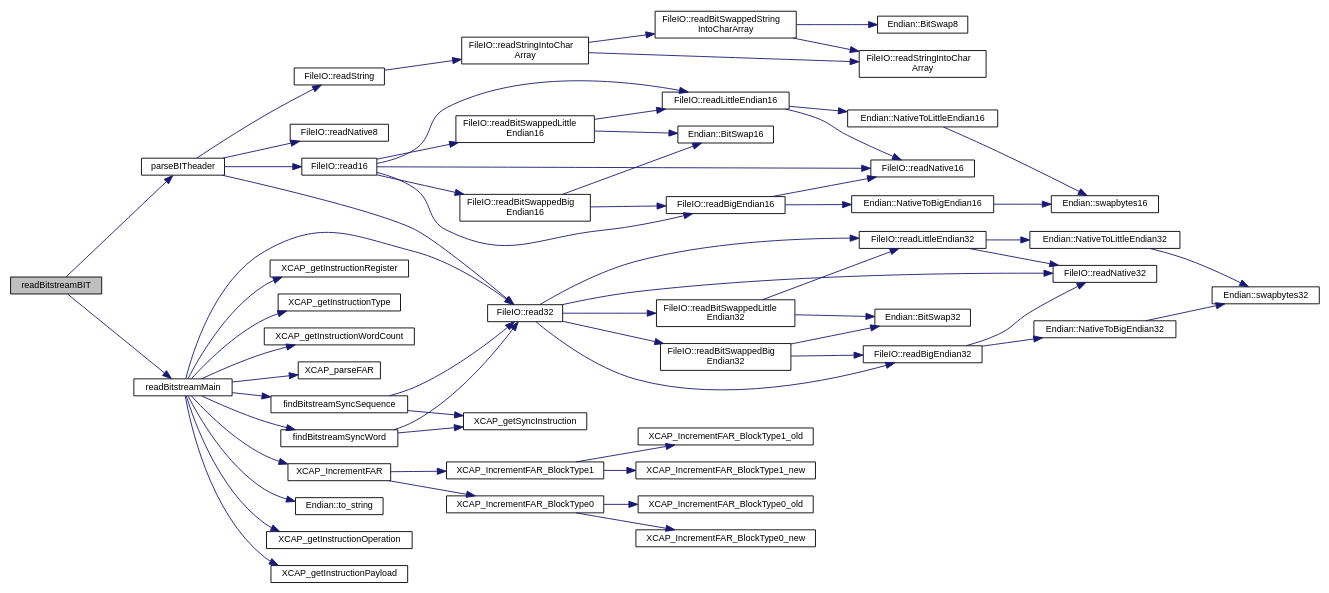
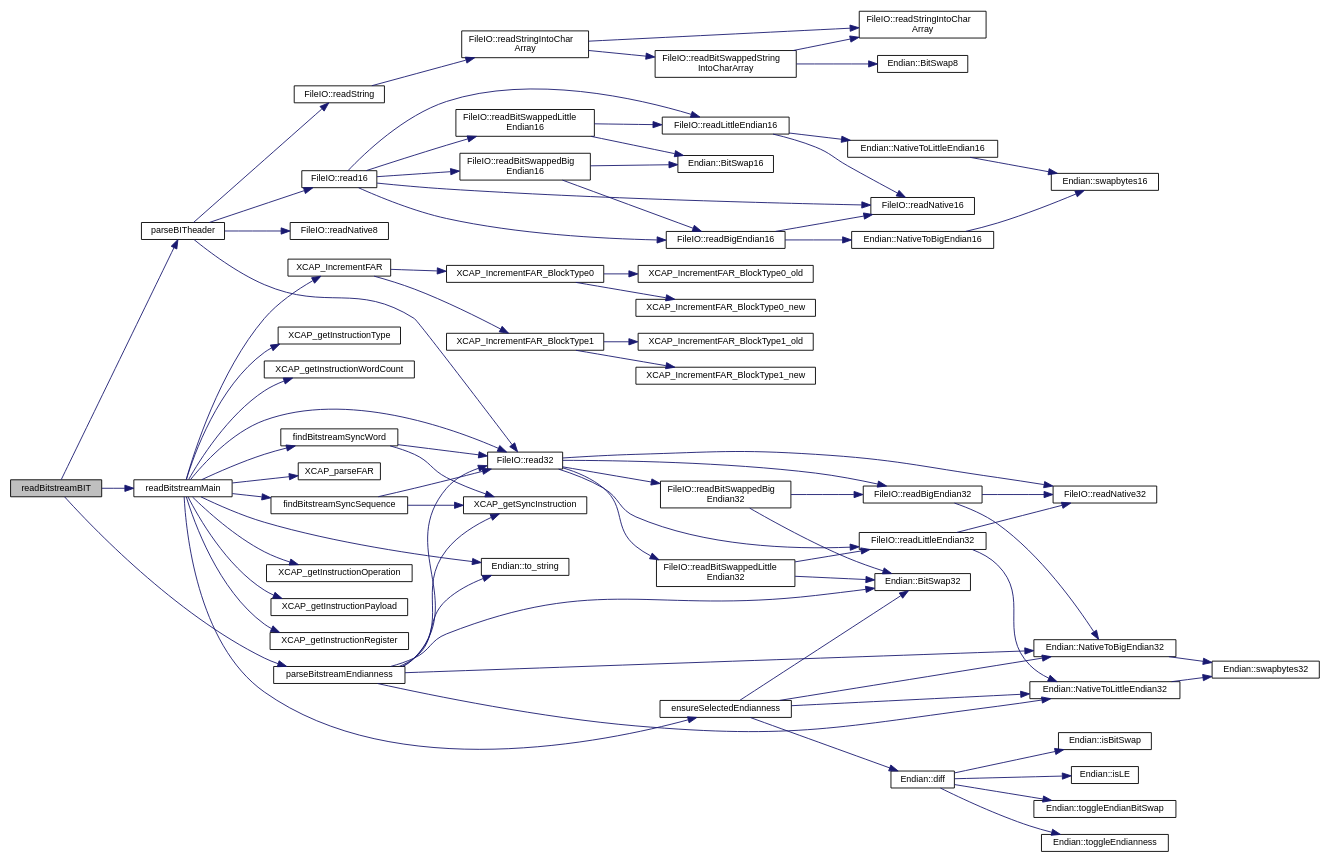
The diagram in inlineInput_8h_a2015af67475241b52cb4fdd54ab6577e_cgraph.dot (FPGA-Research-Manchester/byteman), drawn with Graphviz before and after one commit. The commit also changed 891 other files, not shown here.

```diff
--- a/inlineInput_8h_a2015af67475241b52cb4fdd54ab6577e_cgraph.dot
+++ b/inlineInput_8h_a2015af67475241b52cb4fdd54ab6577e_cgraph.dot
@@ -74,43 +74,66 @@
   Node28 [label="FileIO::readStringIntoChar\lArray",height=0.2,width=0.4,color="black", fillcolor="white", style="filled",URL="$namespaceFileIO.html#a5860a0c03441d5786067ac7a8165269b",tooltip=" "];
   Node25 -> Node28 [color="midnightblue",fontsize="10",style="solid",fontname="Helvetica"];
   Node1 -> Node29 [color="midnightblue",fontsize="10",style="solid",fontname="Helvetica"];
-  Node29 [label="readBitstreamMain",height=0.2,width=0.4,color="black", fillcolor="white", style="filled",URL="$inlineInput_8h.html#a0487f8d718905360038fc67d9cfbe63c",tooltip=" "];
+  Node29 [label="parseBitstreamEndianness",height=0.2,width=0.4,color="black", fillcolor="white", style="filled",URL="$inlineInput_8h.html#afecbc7d2f0175cd665f732ec0c5b93bf",tooltip=" "];
+  Node29 -> Node19 [color="midnightblue",fontsize="10",style="solid",fontname="Helvetica"];
+  Node29 -> Node15 [color="midnightblue",fontsize="10",style="solid",fontname="Helvetica"];
+  Node29 -> Node22 [color="midnightblue",fontsize="10",style="solid",fontname="Helvetica"];
+  Node29 -> Node13 [color="midnightblue",fontsize="10",style="solid",fontname="Helvetica"];
   Node29 -> Node30 [color="midnightblue",fontsize="10",style="solid",fontname="Helvetica"];
-  Node30 [label="findBitstreamSyncSequence",height=0.2,width=0.4,color="black", fillcolor="white", style="filled",URL="$inlineInput_8h.html#a377dbea0e75938e53bfa4e6bfd7c36c9",tooltip=" "];
-  Node30 -> Node13 [color="midnightblue",fontsize="10",style="solid",fontname="Helvetica"];
-  Node30 -> Node31 [color="midnightblue",fontsize="10",style="solid",fontname="Helvetica"];
+  Node30 [label="Endian::to_string",height=0.2,width=0.4,color="black", fillcolor="white", style="filled",URL="$namespaceEndian.html#ac9f4873f9a0c23291fa47d68dff6fbbc",tooltip=" "];
+  Node29 -> Node31 [color="midnightblue",fontsize="10",style="solid",fontname="Helvetica"];
   Node31 [label="XCAP_getSyncInstruction",height=0.2,width=0.4,color="black", fillcolor="white", style="filled",URL="$inlineCAP_8h.html#a445d56f4c0c7afb68ecfa18087a6af31",tooltip="Generate and return the encoding for a SYNC instruction."];
-  Node29 -> Node32 [color="midnightblue",fontsize="10",style="solid",fontname="Helvetica"];
-  Node32 [label="findBitstreamSyncWord",height=0.2,width=0.4,color="black", fillcolor="white", style="filled",URL="$inlineInput_8h.html#a83bf9e6c1b2005e37114d7573e79ace3",tooltip=" "];
+  Node1 -> Node32 [color="midnightblue",fontsize="10",style="solid",fontname="Helvetica"];
+  Node32 [label="readBitstreamMain",height=0.2,width=0.4,color="black", fillcolor="white", style="filled",URL="$inlineInput_8h.html#ae37309efbdbcae93d546c545e342c2c5",tooltip=" "];
+  Node32 -> Node33 [color="midnightblue",fontsize="10",style="solid",fontname="Helvetica"];
+  Node33 [label="ensureSelectedEndianness",height=0.2,width=0.4,color="black", fillcolor="white", style="filled",URL="$inlineChange_8h.html#ae6a0714a04036157d8ed82cbbf724b8b",tooltip=" "];
+  Node33 -> Node19 [color="midnightblue",fontsize="10",style="solid",fontname="Helvetica"];
+  Node33 -> Node34 [color="midnightblue",fontsize="10",style="solid",fontname="Helvetica"];
+  Node34 [label="Endian::diff",height=0.2,width=0.4,color="black", fillcolor="white", style="filled",URL="$namespaceEndian.html#adb5a175333bfc81edaee46e216cce009",tooltip=" "];
+  Node34 -> Node35 [color="midnightblue",fontsize="10",style="solid",fontname="Helvetica"];
+  Node35 [label="Endian::isBitSwap",height=0.2,width=0.4,color="black", fillcolor="white", style="filled",URL="$namespaceEndian.html#a0418cbe195a9aa09efd6f8e020bec98e",tooltip=" "];
+  Node34 -> Node36 [color="midnightblue",fontsize="10",style="solid",fontname="Helvetica"];
+  Node36 [label="Endian::isLE",height=0.2,width=0.4,color="black", fillcolor="white", style="filled",URL="$namespaceEndian.html#a2908cb68d06425c31c71fae71797cded",tooltip=" "];
+  Node34 -> Node37 [color="midnightblue",fontsize="10",style="solid",fontname="Helvetica"];
+  Node37 [label="Endian::toggleEndianBitSwap",height=0.2,width=0.4,color="black", fillcolor="white", style="filled",URL="$namespaceEndian.html#a4b0e3c09d2223c99001a39613b86f629",tooltip=" "];
+  Node34 -> Node38 [color="midnightblue",fontsize="10",style="solid",fontname="Helvetica"];
+  Node38 [label="Endian::toggleEndianness",height=0.2,width=0.4,color="black", fillcolor="white", style="filled",URL="$namespaceEndian.html#a839576793bc5465bbdf7019b924c0ef8",tooltip=" "];
+  Node33 -> Node15 [color="midnightblue",fontsize="10",style="solid",fontname="Helvetica"];
+  Node33 -> Node22 [color="midnightblue",fontsize="10",style="solid",fontname="Helvetica"];
+  Node32 -> Node39 [color="midnightblue",fontsize="10",style="solid",fontname="Helvetica"];
+  Node39 [label="findBitstreamSyncSequence",height=0.2,width=0.4,color="black", fillcolor="white", style="filled",URL="$inlineInput_8h.html#a377dbea0e75938e53bfa4e6bfd7c36c9",tooltip=" "];
+  Node39 -> Node13 [color="midnightblue",fontsize="10",style="solid",fontname="Helvetica"];
+  Node39 -> Node31 [color="midnightblue",fontsize="10",style="solid",fontname="Helvetica"];
+  Node32 -> Node40 [color="midnightblue",fontsize="10",style="solid",fontname="Helvetica"];
+  Node40 [label="findBitstreamSyncWord",height=0.2,width=0.4,color="black", fillcolor="white", style="filled",URL="$inlineInput_8h.html#a83bf9e6c1b2005e37114d7573e79ace3",tooltip=" "];
+  Node40 -> Node13 [color="midnightblue",fontsize="10",style="solid",fontname="Helvetica"];
+  Node40 -> Node31 [color="midnightblue",fontsize="10",style="solid",fontname="Helvetica"];
   Node32 -> Node13 [color="midnightblue",fontsize="10",style="solid",fontname="Helvetica"];
-  Node32 -> Node31 [color="midnightblue",fontsize="10",style="solid",fontname="Helvetica"];
-  Node29 -> Node13 [color="midnightblue",fontsize="10",style="solid",fontname="Helvetica"];
-  Node29 -> Node33 [color="midnightblue",fontsize="10",style="solid",fontname="Helvetica"];
-  Node33 [label="Endian::to_string",height=0.2,width=0.4,color="black", fillcolor="white", style="filled",URL="$namespaceEndian.html#ac9f4873f9a0c23291fa47d68dff6fbbc",tooltip=" "];
-  Node29 -> Node34 [color="midnightblue",fontsize="10",style="solid",fontname="Helvetica"];
-  Node34 [label="XCAP_getInstructionOperation",height=0.2,width=0.4,color="black", fillcolor="white", style="filled",URL="$inlineCAP_8h.html#a1eb75ca7e22180ac716ad8209daadb04",tooltip="Parses and returns instruction operation. Most Xil instructions will NOP or write."];
-  Node29 -> Node35 [color="midnightblue",fontsize="10",style="solid",fontname="Helvetica"];
-  Node35 [label="XCAP_getInstructionPayload",height=0.2,width=0.4,color="black", fillcolor="white", style="filled",URL="$inlineCAP_8h.html#a24b3d1820ac04f03d70f37a2c9ca3c9f",tooltip="Parses and returns instruction payload. This is the immediate value after instruction type and operat..."];
-  Node29 -> Node36 [color="midnightblue",fontsize="10",style="solid",fontname="Helvetica"];
-  Node36 [label="XCAP_getInstructionRegister",height=0.2,width=0.4,color="black", fillcolor="white", style="filled",URL="$inlineCAP_8h.html#a0e95d810829bb4260d6c965e61953464",tooltip="Parses and returns instruction register. This is the register being addressed if the instruction is o..."];
-  Node29 -> Node37 [color="midnightblue",fontsize="10",style="solid",fontname="Helvetica"];
-  Node37 [label="XCAP_getInstructionType",height=0.2,width=0.4,color="black", fillcolor="white", style="filled",URL="$inlineCAP_8h.html#a9ba7438c226da96455dffd27d8a3dece",tooltip="Parses and returns instruction type. Valid Xil instructions will be of types 1 and 2."];
-  Node29 -> Node38 [color="midnightblue",fontsize="10",style="solid",fontname="Helvetica"];
-  Node38 [label="XCAP_getInstructionWordCount",height=0.2,width=0.4,color="black", fillcolor="white", style="filled",URL="$inlineCAP_8h.html#a3ae52aa039feb014d7b06766a75da7d8",tooltip="Parses and returns instruction word count. This is the number of words to be read/written if the inst..."];
-  Node29 -> Node39 [color="midnightblue",fontsize="10",style="solid",fontname="Helvetica"];
-  Node39 [label="XCAP_IncrementFAR",height=0.2,width=0.4,color="black", fillcolor="white", style="filled",URL="$inlineFAR_8h.html#ada71464c75787bcd2a2de5a2e7743a3d",tooltip=" "];
-  Node39 -> Node40 [color="midnightblue",fontsize="10",style="solid",fontname="Helvetica"];
-  Node40 [label="XCAP_IncrementFAR_BlockType0",height=0.2,width=0.4,color="black", fillcolor="white", style="filled",URL="$inlineFAR_8h.html#a41d9a4a7f4863333dfb731618ac70f49",tooltip=" "];
-  Node40 -> Node41 [color="midnightblue",fontsize="10",style="solid",fontname="Helvetica"];
-  Node41 [label="XCAP_IncrementFAR_BlockType0_new",height=0.2,width=0.4,color="black", fillcolor="white", style="filled",URL="$inlineFAR_8h.html#ae73287221e889459f4797ab737c73675",tooltip=" "];
-  Node40 -> Node42 [color="midnightblue",fontsize="10",style="solid",fontname="Helvetica"];
-  Node42 [label="XCAP_IncrementFAR_BlockType0_old",height=0.2,width=0.4,color="black", fillcolor="white", style="filled",URL="$inlineFAR_8h.html#a7af01700cdf8295a0217aa06c7c2aa88",tooltip=" "];
-  Node39 -> Node43 [color="midnightblue",fontsize="10",style="solid",fontname="Helvetica"];
-  Node43 [label="XCAP_IncrementFAR_BlockType1",height=0.2,width=0.4,color="black", fillcolor="white", style="filled",URL="$inlineFAR_8h.html#a241e23fa866a5241fa5c4e0bab45df6a",tooltip=" "];
-  Node43 -> Node44 [color="midnightblue",fontsize="10",style="solid",fontname="Helvetica"];
-  Node44 [label="XCAP_IncrementFAR_BlockType1_new",height=0.2,width=0.4,color="black", fillcolor="white", style="filled",URL="$inlineFAR_8h.html#a88a8c2bc126f3a6a2f0d21216387e547",tooltip=" "];
-  Node43 -> Node45 [color="midnightblue",fontsize="10",style="solid",fontname="Helvetica"];
-  Node45 [label="XCAP_IncrementFAR_BlockType1_old",height=0.2,width=0.4,color="black", fillcolor="white", style="filled",URL="$inlineFAR_8h.html#af4c39bab2775412d8a027af559cbfc51",tooltip=" "];
-  Node29 -> Node46 [color="midnightblue",fontsize="10",style="solid",fontname="Helvetica"];
-  Node46 [label="XCAP_parseFAR",height=0.2,width=0.4,color="black", fillcolor="white", style="filled",URL="$inlineFAR_8h.html#a927d6ab4a838f56d601b5647bad75688",tooltip=" "];
+  Node32 -> Node30 [color="midnightblue",fontsize="10",style="solid",fontname="Helvetica"];
+  Node32 -> Node41 [color="midnightblue",fontsize="10",style="solid",fontname="Helvetica"];
+  Node41 [label="XCAP_getInstructionOperation",height=0.2,width=0.4,color="black", fillcolor="white", style="filled",URL="$inlineCAP_8h.html#a1eb75ca7e22180ac716ad8209daadb04",tooltip="Parses and returns instruction operation. Most Xil instructions will NOP or write."];
+  Node32 -> Node42 [color="midnightblue",fontsize="10",style="solid",fontname="Helvetica"];
+  Node42 [label="XCAP_getInstructionPayload",height=0.2,width=0.4,color="black", fillcolor="white", style="filled",URL="$inlineCAP_8h.html#a24b3d1820ac04f03d70f37a2c9ca3c9f",tooltip="Parses and returns instruction payload. This is the immediate value after instruction type and operat..."];
+  Node32 -> Node43 [color="midnightblue",fontsize="10",style="solid",fontname="Helvetica"];
+  Node43 [label="XCAP_getInstructionRegister",height=0.2,width=0.4,color="black", fillcolor="white", style="filled",URL="$inlineCAP_8h.html#a0e95d810829bb4260d6c965e61953464",tooltip="Parses and returns instruction register. This is the register being addressed if the instruction is o..."];
+  Node32 -> Node44 [color="midnightblue",fontsize="10",style="solid",fontname="Helvetica"];
+  Node44 [label="XCAP_getInstructionType",height=0.2,width=0.4,color="black", fillcolor="white", style="filled",URL="$inlineCAP_8h.html#a9ba7438c226da96455dffd27d8a3dece",tooltip="Parses and returns instruction type. Valid Xil instructions will be of types 1 and 2."];
+  Node32 -> Node45 [color="midnightblue",fontsize="10",style="solid",fontname="Helvetica"];
+  Node45 [label="XCAP_getInstructionWordCount",height=0.2,width=0.4,color="black", fillcolor="white", style="filled",URL="$inlineCAP_8h.html#a3ae52aa039feb014d7b06766a75da7d8",tooltip="Parses and returns instruction word count. This is the number of words to be read/written if the inst..."];
+  Node32 -> Node46 [color="midnightblue",fontsize="10",style="solid",fontname="Helvetica"];
+  Node46 [label="XCAP_IncrementFAR",height=0.2,width=0.4,color="black", fillcolor="white", style="filled",URL="$inlineFAR_8h.html#ada71464c75787bcd2a2de5a2e7743a3d",tooltip=" "];
+  Node46 -> Node47 [color="midnightblue",fontsize="10",style="solid",fontname="Helvetica"];
+  Node47 [label="XCAP_IncrementFAR_BlockType0",height=0.2,width=0.4,color="black", fillcolor="white", style="filled",URL="$inlineFAR_8h.html#a41d9a4a7f4863333dfb731618ac70f49",tooltip=" "];
+  Node47 -> Node48 [color="midnightblue",fontsize="10",style="solid",fontname="Helvetica"];
+  Node48 [label="XCAP_IncrementFAR_BlockType0_new",height=0.2,width=0.4,color="black", fillcolor="white", style="filled",URL="$inlineFAR_8h.html#ae73287221e889459f4797ab737c73675",tooltip=" "];
+  Node47 -> Node49 [color="midnightblue",fontsize="10",style="solid",fontname="Helvetica"];
+  Node49 [label="XCAP_IncrementFAR_BlockType0_old",height=0.2,width=0.4,color="black", fillcolor="white", style="filled",URL="$inlineFAR_8h.html#a7af01700cdf8295a0217aa06c7c2aa88",tooltip=" "];
+  Node46 -> Node50 [color="midnightblue",fontsize="10",style="solid",fontname="Helvetica"];
+  Node50 [label="XCAP_IncrementFAR_BlockType1",height=0.2,width=0.4,color="black", fillcolor="white", style="filled",URL="$inlineFAR_8h.html#a241e23fa866a5241fa5c4e0bab45df6a",tooltip=" "];
+  Node50 -> Node51 [color="midnightblue",fontsize="10",style="solid",fontname="Helvetica"];
+  Node51 [label="XCAP_IncrementFAR_BlockType1_new",height=0.2,width=0.4,color="black", fillcolor="white", style="filled",URL="$inlineFAR_8h.html#a88a8c2bc126f3a6a2f0d21216387e547",tooltip=" "];
+  Node50 -> Node52 [color="midnightblue",fontsize="10",style="solid",fontname="Helvetica"];
+  Node52 [label="XCAP_IncrementFAR_BlockType1_old",height=0.2,width=0.4,color="black", fillcolor="white", style="filled",URL="$inlineFAR_8h.html#af4c39bab2775412d8a027af559cbfc51",tooltip=" "];
+  Node32 -> Node53 [color="midnightblue",fontsize="10",style="solid",fontname="Helvetica"];
+  Node53 [label="XCAP_parseFAR",height=0.2,width=0.4,color="black", fillcolor="white", style="filled",URL="$inlineFAR_8h.html#a927d6ab4a838f56d601b5647bad75688",tooltip=" "];
 }
```
